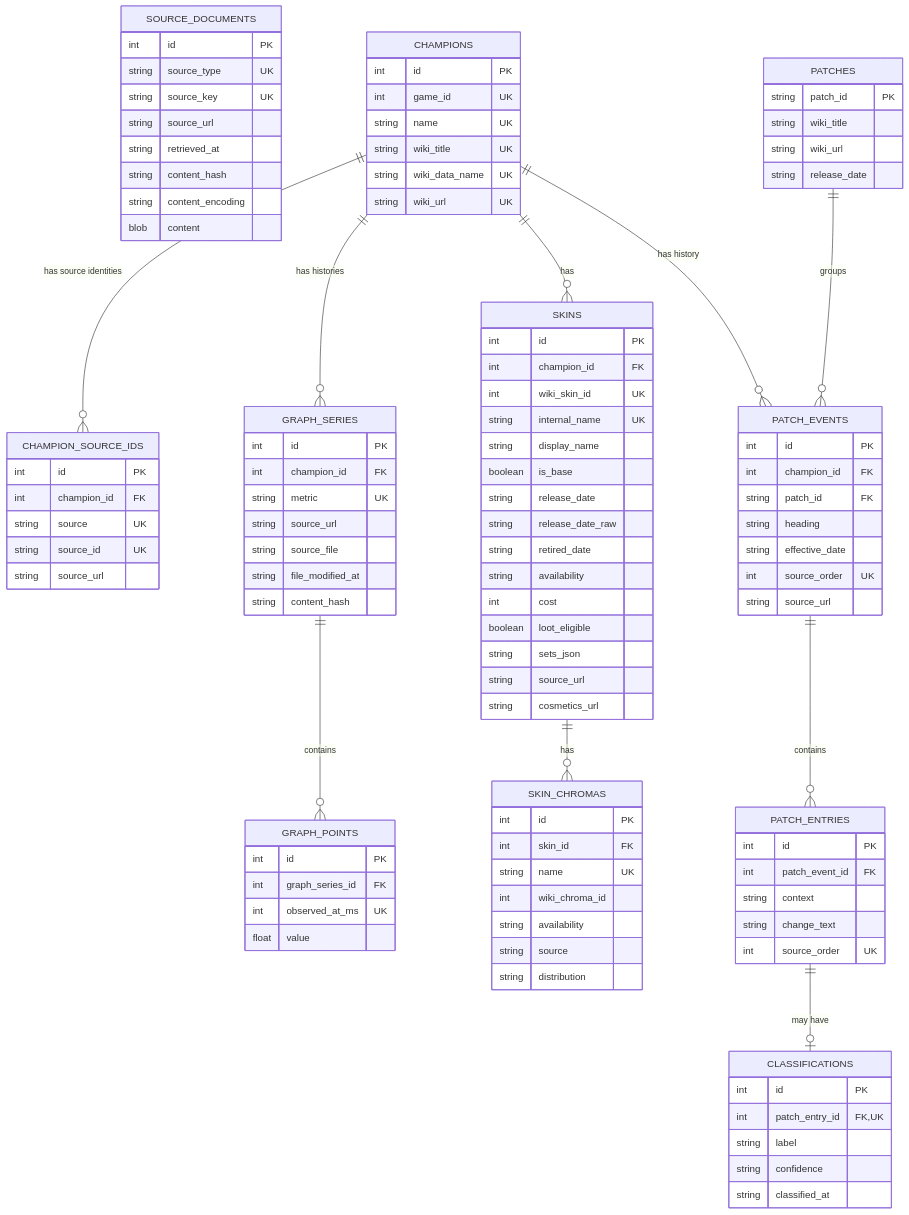
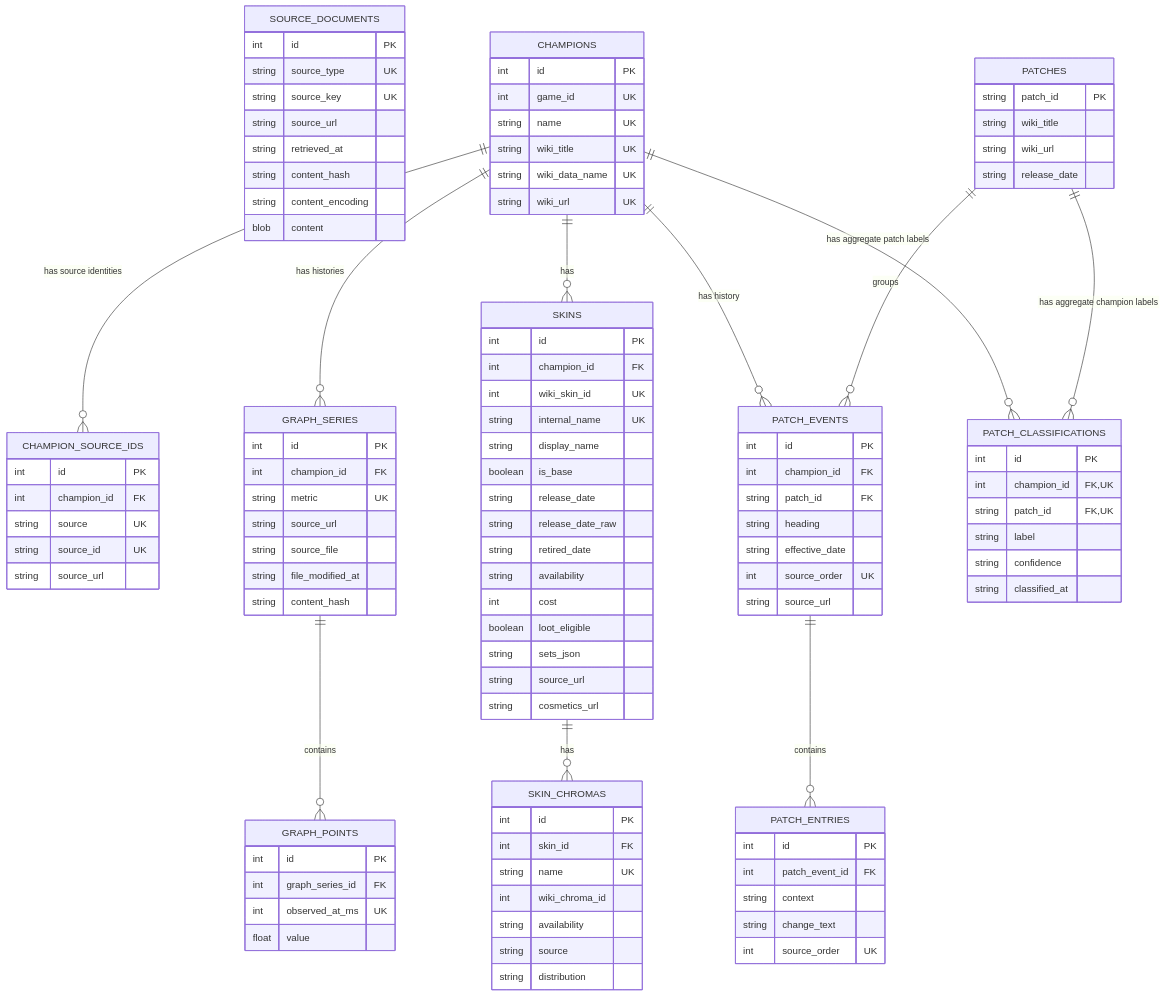
Before and after one commit to GrumpyCat51/lol-skin-release-statistics: the diagram in docs/db_data_model.md, drawn with Mermaid. The commit also changed 13 other files, not shown here.

````diff
--- a/docs/db_data_model.md
+++ b/docs/db_data_model.md
@@ -102,9 +102,10 @@
         int source_order UK
     }
 
-    CLASSIFICATIONS {
+    PATCH_CLASSIFICATIONS {
         int id PK
-        int patch_entry_id FK, UK
+        int champion_id FK, UK
+        string patch_id FK, UK
         string label
         string confidence
         string classified_at
@@ -118,5 +119,6 @@
     CHAMPIONS ||--o{ PATCH_EVENTS : "has history"
     PATCHES ||--o{ PATCH_EVENTS : "groups"
     PATCH_EVENTS ||--o{ PATCH_ENTRIES : "contains"
-    PATCH_ENTRIES ||--o| CLASSIFICATIONS : "may have"
+    CHAMPIONS ||--o{ PATCH_CLASSIFICATIONS : "has aggregate patch labels"
+    PATCHES ||--o{ PATCH_CLASSIFICATIONS : "has aggregate champion labels"
 ```
````
